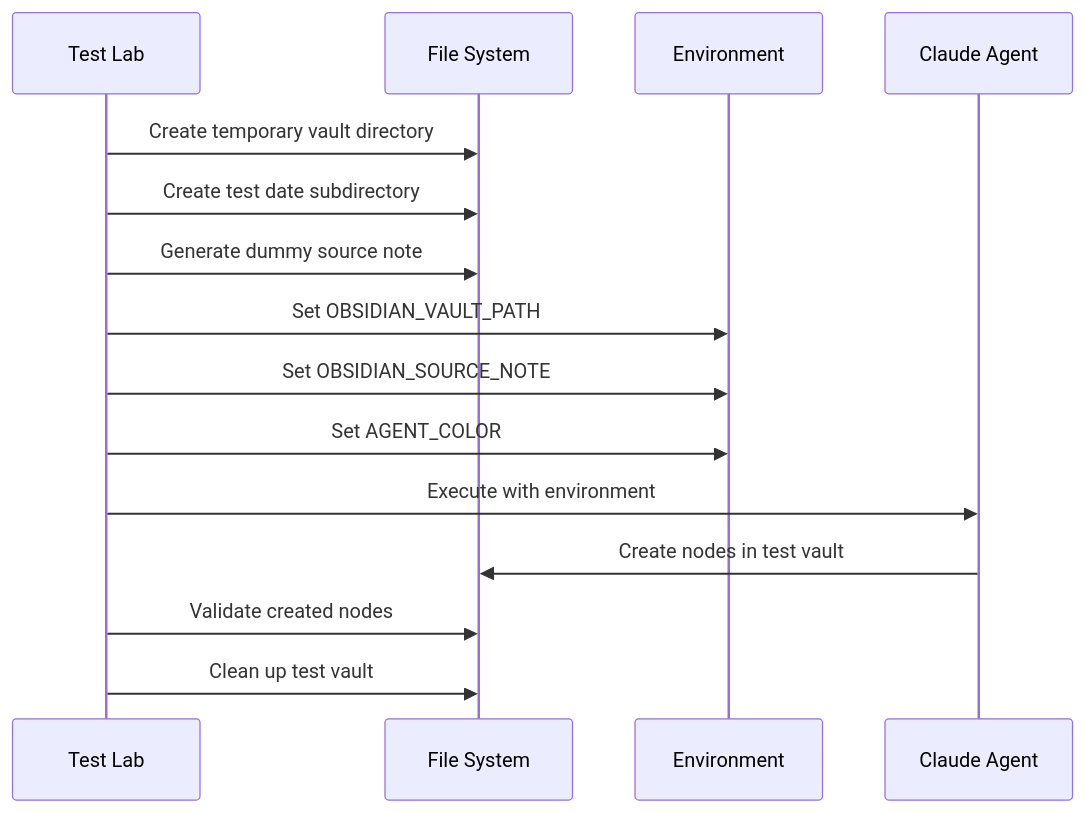
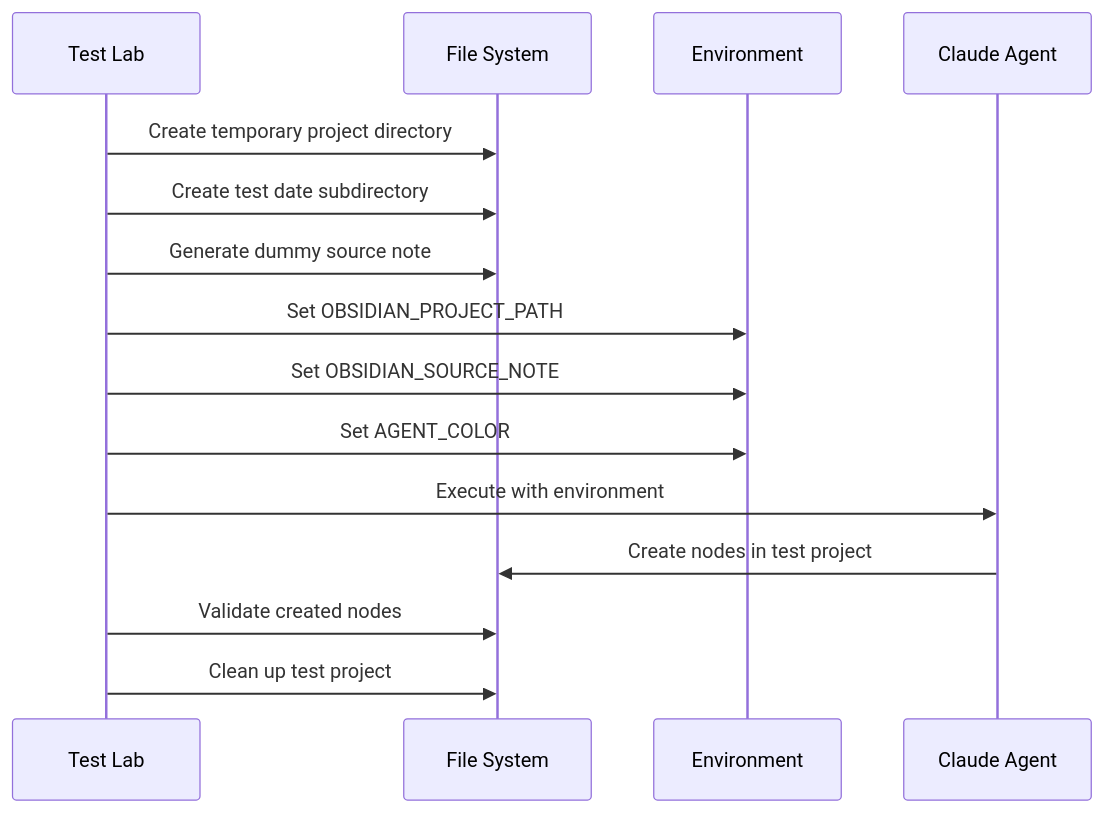
The sixth of 7 diagrams in tools/tests/system/test_lab/ARCHITECTURE.md (voicetreelab/voicetree), drawn with Mermaid before and after one commit. The commit also changed other lines of this file and 1020 other files, not shown here.

First line of the commit message:
refactor(project): remove legacy path vocabulary

````diff
--- a/tools/tests/system/test_lab/ARCHITECTURE.md
+++ b/tools/tests/system/test_lab/ARCHITECTURE.md
@@ -224,18 +224,18 @@
 ```mermaid
 sequenceDiagram
     participant TestLab as Test Lab
     participant FileSystem as File System
     participant Environment as Environment
     participant Agent as Claude Agent
     
-    TestLab->>FileSystem: Create temporary vault directory
+    TestLab->>FileSystem: Create temporary project directory
     TestLab->>FileSystem: Create test date subdirectory
     TestLab->>FileSystem: Generate dummy source note
-    TestLab->>Environment: Set OBSIDIAN_VAULT_PATH
+    TestLab->>Environment: Set OBSIDIAN_PROJECT_PATH
     TestLab->>Environment: Set OBSIDIAN_SOURCE_NOTE
     TestLab->>Environment: Set AGENT_COLOR
     TestLab->>Agent: Execute with environment
-    Agent->>FileSystem: Create nodes in test vault
+    Agent->>FileSystem: Create nodes in test project
     TestLab->>FileSystem: Validate created nodes
-    TestLab->>FileSystem: Clean up test vault
+    TestLab->>FileSystem: Clean up test project
 ```
````
